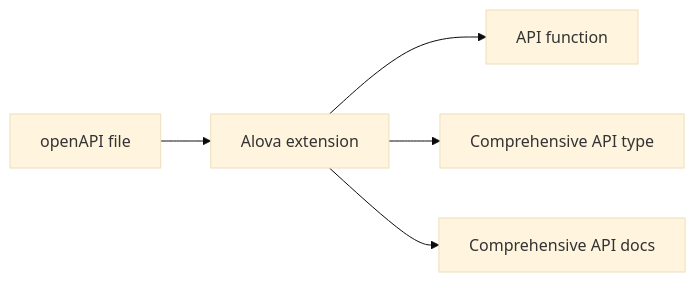
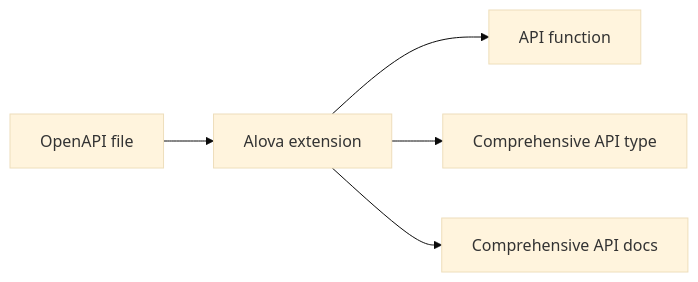
One commit to alovajs/alovajs.github.io changed the first of 2 diagrams in docs/tutorial/02-getting-started/01-introduce.md. Above: the diagram before and after it, drawn with Mermaid (base theme). The commit also changed other lines of this file and 15 other files, not shown here.

Commit message:
fix: OpenAPI spelling error and fix some mistakes

````diff
--- a/docs/tutorial/02-getting-started/01-introduce.md
+++ b/docs/tutorial/02-getting-started/01-introduce.md
@@ -393,6 +393,6 @@
 ```mermaid
 flowchart LR
-R1[openAPI file] --> S1[Alova extension] --> W1[API function]
+R1[OpenAPI file] --> S1[Alova extension] --> W1[API function]
 S1[Alova extension] --> W2[Comprehensive API type]
 S1[Alova extension] --> W3[Comprehensive API docs]
 ```
````
